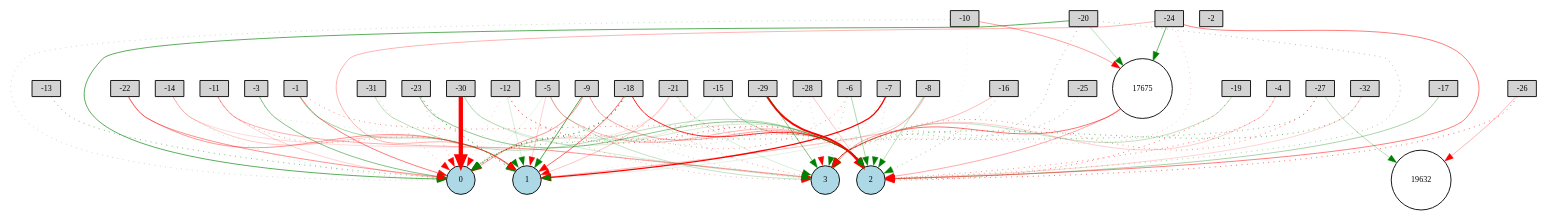
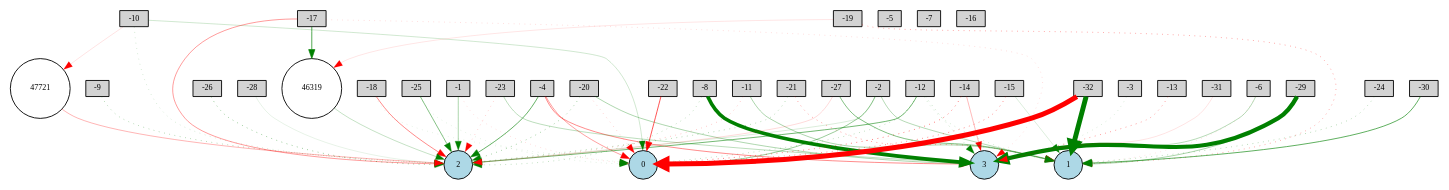
Before and after one commit to Ja-Gk-00/NEAT_GAMING: the diagram in Notebooks/Digraph.gv, drawn with Graphviz. The commit also changed 167 other files, not shown here.

```diff
--- a/Notebooks/Digraph.gv
+++ b/Notebooks/Digraph.gv
@@ -1,131 +1,99 @@
 digraph {
 	node [fontsize=9 height=0.2 shape=circle width=0.2]
 	-1 [fillcolor=lightgray shape=box style=filled]
 	-2 [fillcolor=lightgray shape=box style=filled]
 	-3 [fillcolor=lightgray shape=box style=filled]
 	-4 [fillcolor=lightgray shape=box style=filled]
 	-5 [fillcolor=lightgray shape=box style=filled]
 	-6 [fillcolor=lightgray shape=box style=filled]
 	-7 [fillcolor=lightgray shape=box style=filled]
 	-8 [fillcolor=lightgray shape=box style=filled]
 	-9 [fillcolor=lightgray shape=box style=filled]
 	-10 [fillcolor=lightgray shape=box style=filled]
 	-11 [fillcolor=lightgray shape=box style=filled]
 	-12 [fillcolor=lightgray shape=box style=filled]
 	-13 [fillcolor=lightgray shape=box style=filled]
 	-14 [fillcolor=lightgray shape=box style=filled]
 	-15 [fillcolor=lightgray shape=box style=filled]
 	-16 [fillcolor=lightgray shape=box style=filled]
 	-17 [fillcolor=lightgray shape=box style=filled]
 	-18 [fillcolor=lightgray shape=box style=filled]
 	-19 [fillcolor=lightgray shape=box style=filled]
 	-20 [fillcolor=lightgray shape=box style=filled]
 	-21 [fillcolor=lightgray shape=box style=filled]
 	-22 [fillcolor=lightgray shape=box style=filled]
 	-23 [fillcolor=lightgray shape=box style=filled]
 	-24 [fillcolor=lightgray shape=box style=filled]
 	-25 [fillcolor=lightgray shape=box style=filled]
 	-26 [fillcolor=lightgray shape=box style=filled]
 	-27 [fillcolor=lightgray shape=box style=filled]
 	-28 [fillcolor=lightgray shape=box style=filled]
 	-29 [fillcolor=lightgray shape=box style=filled]
 	-30 [fillcolor=lightgray shape=box style=filled]
 	-31 [fillcolor=lightgray shape=box style=filled]
 	-32 [fillcolor=lightgray shape=box style=filled]
 	0 [fillcolor=lightblue style=filled]
 	1 [fillcolor=lightblue style=filled]
 	2 [fillcolor=lightblue style=filled]
 	3 [fillcolor=lightblue style=filled]
-	17675 [fillcolor=white style=filled]
-	19632 [fillcolor=white style=filled]
-	-1 -> 1 [color=green penwidth=0.3750619816079851 style=solid]
-	-1 -> 2 [color=red penwidth=0.5791837728542493 style=dotted]
-	-3 -> 0 [color=green penwidth=0.5498700827494134 style=solid]
-	-3 -> 3 [color=green penwidth=0.20259057232094282 style=dotted]
-	-4 -> 2 [color=red penwidth=0.5898164111176584 style=dotted]
-	-4 -> 3 [color=red penwidth=0.2242142790627914 style=solid]
-	-5 -> 1 [color=red penwidth=0.20753868857901409 style=solid]
-	-5 -> 3 [color=green penwidth=0.26185129422273123 style=solid]
-	-6 -> 0 [color=red penwidth=0.5200421382728531 style=dotted]
-	-6 -> 2 [color=green penwidth=0.35719937704132 style=solid]
-	-6 -> 3 [color=green penwidth=0.35431373708569447 style=dotted]
-	-7 -> 2 [color=green penwidth=0.26272100590515296 style=dotted]
-	-7 -> 3 [color=green penwidth=0.35954130727288036 style=dotted]
-	-8 -> 1 [color=green penwidth=0.11806641339084109 style=solid]
-	-8 -> 2 [color=green penwidth=0.2945763604686388 style=solid]
-	-8 -> 3 [color=red penwidth=0.40032664867692536 style=solid]
-	-9 -> 0 [color=red penwidth=0.4591519155096765 style=solid]
-	-9 -> 1 [color=green penwidth=0.7652778460886729 style=solid]
-	-9 -> 2 [color=red penwidth=0.4003575257905323 style=solid]
-	-9 -> 3 [color=green penwidth=0.3194105011876668 style=dotted]
-	-10 -> 0 [color=green penwidth=0.2820513055405225 style=dotted]
-	-10 -> 3 [color=green penwidth=0.1075518463835823 style=dotted]
-	-11 -> 0 [color=red penwidth=0.20266439150757193 style=solid]
-	-11 -> 1 [color=red penwidth=0.519133456463394 style=dotted]
-	-11 -> 3 [color=red penwidth=0.35189682850279125 style=solid]
-	-12 -> 1 [color=green penwidth=0.1719108124916642 style=solid]
-	-12 -> 2 [color=red penwidth=0.7991133568100617 style=dotted]
-	-12 -> 3 [color=red penwidth=0.40334440503914437 style=dotted]
-	-13 -> 0 [color=green penwidth=0.6226970508856203 style=dotted]
-	-14 -> 0 [color=green penwidth=0.24512774057251646 style=dotted]
-	-14 -> 3 [color=red penwidth=0.17487661141117625 style=solid]
-	-15 -> 2 [color=green penwidth=0.34961172305701804 style=solid]
-	-16 -> 1 [color=red penwidth=0.3089145624341858 style=solid]
-	-16 -> 2 [color=green penwidth=0.4763569648741798 style=dotted]
-	-17 -> 2 [color=green penwidth=0.3750512467433622 style=solid]
-	-18 -> 0 [color=green penwidth=1.174848486499384 style=dotted]
-	-18 -> 1 [color=red penwidth=0.6652337083690111 style=solid]
-	-18 -> 2 [color=red penwidth=0.9546959791623336 style=solid]
-	-18 -> 3 [color=red penwidth=0.4722571402380582 style=dotted]
-	-19 -> 2 [color=red penwidth=0.6121364094449758 style=dotted]
-	-19 -> 3 [color=green penwidth=0.2727094582729117 style=solid]
-	-20 -> 0 [color=green penwidth=0.7246727396061224 style=solid]
-	-20 -> 2 [color=green penwidth=0.4368311877140556 style=dotted]
-	-21 -> 1 [color=red penwidth=0.260668626519171 style=solid]
-	-22 -> 0 [color=red penwidth=0.4898504460313934 style=solid]
-	-22 -> 1 [color=red penwidth=0.4737575607384954 style=solid]
-	-23 -> 0 [color=red penwidth=0.3681218955824481 style=dotted]
-	-23 -> 1 [color=green penwidth=0.983696498104368 style=dotted]
-	-23 -> 2 [color=green penwidth=0.4998047279274975 style=solid]
-	-24 -> 1 [color=red penwidth=0.3378068702869326 style=solid]
-	-25 -> 3 [color=green penwidth=0.48972898901606 style=dotted]
-	-26 -> 2 [color=red penwidth=0.7197009976610363 style=dotted]
-	-27 -> 0 [color=green penwidth=0.5973067695471832 style=dotted]
-	-27 -> 3 [color=red penwidth=0.5519593550993752 style=dotted]
-	-28 -> 2 [color=red penwidth=0.27080931817007714 style=solid]
-	-28 -> 3 [color=red penwidth=0.2530485414159265 style=dotted]
-	-29 -> 0 [color=green penwidth=0.24702752251912224 style=dotted]
-	-29 -> 1 [color=green penwidth=0.18454269807705664 style=dotted]
-	-29 -> 2 [color=red penwidth=2.2666324595923486 style=solid]
-	-29 -> 3 [color=green penwidth=0.545111084084503 style=solid]
-	-30 -> 0 [color=red penwidth=4.824347780630319 style=solid]
-	-30 -> 1 [color=green penwidth=0.1376469601778295 style=dotted]
-	-31 -> 0 [color=red penwidth=0.3258302296850995 style=dotted]
-	-31 -> 2 [color=green penwidth=0.30712685636193093 style=solid]
-	-32 -> 2 [color=red penwidth=0.19770742600968333 style=solid]
-	-7 -> 1 [color=red penwidth=1.5287217760838727 style=solid]
-	-5 -> 2 [color=red penwidth=0.32584206267869775 style=solid]
-	-27 -> 2 [color=red penwidth=0.15036058997381269 style=dotted]
-	-24 -> 2 [color=red penwidth=0.5734785878388807 style=solid]
-	-32 -> 3 [color=green penwidth=0.7123067784662017 style=dotted]
-	-28 -> 0 [color=green penwidth=0.311263389205212 style=dotted]
-	-21 -> 2 [color=red penwidth=0.5402131569467203 style=dotted]
-	-20 -> 3 [color=green penwidth=0.5057583570379721 style=dotted]
-	-14 -> 1 [color=red penwidth=0.23620537445627632 style=solid]
-	-12 -> 0 [color=red penwidth=0.2552528660510939 style=dotted]
-	-15 -> 0 [color=green penwidth=0.14202971781730792 style=solid]
-	-24 -> 3 [color=red penwidth=0.2890592279345038 style=dotted]
-	-20 -> 17675 [color=green penwidth=0.3055126845465342 style=solid]
-	17675 -> 3 [color=red penwidth=0.6256776511432286 style=solid]
-	-21 -> 0 [color=red penwidth=0.13357452978008083 style=solid]
-	-1 -> 0 [color=red penwidth=0.5876192826653518 style=solid]
-	-30 -> 2 [color=green penwidth=0.18192902488505097 style=solid]
-	-10 -> 17675 [color=red penwidth=0.41967687340446824 style=solid]
-	-24 -> 17675 [color=green penwidth=0.6536826304165312 style=solid]
-	-30 -> 3 [color=green penwidth=0.18614488709944157 style=solid]
-	17675 -> 2 [color=red penwidth=0.37557933830822776 style=solid]
-	-27 -> 19632 [color=green penwidth=0.305457309832514 style=solid]
-	-5 -> 0 [color=green penwidth=0.10167561225702786 style=solid]
-	-21 -> 3 [color=green penwidth=0.16421617434345395 style=solid]
-	-26 -> 19632 [color=red penwidth=0.3251862217528305 style=solid]
+	47721 [fillcolor=white style=filled]
+	46319 [fillcolor=white style=filled]
+	-1 -> 0 [color=red penwidth=0.15735930060061915 style=dotted]
+	-2 -> 0 [color=green penwidth=0.4495059286040666 style=solid]
+	-4 -> 3 [color=red penwidth=0.5105745196491589 style=solid]
+	-8 -> 2 [color=green penwidth=0.2863794342303844 style=dotted]
+	-8 -> 3 [color=green penwidth=4.090062641667208 style=solid]
+	-11 -> 1 [color=green penwidth=0.36610764516298666 style=solid]
+	-12 -> 3 [color=green penwidth=0.2949070595150659 style=dotted]
+	-17 -> 2 [color=red penwidth=0.43936889849857674 style=solid]
+	-18 -> 0 [color=green penwidth=0.12779558596671278 style=dotted]
+	-27 -> 2 [color=red penwidth=0.16778372760259597 style=solid]
+	-29 -> 3 [color=green penwidth=4.7025174816335635 style=solid]
+	-32 -> 0 [color=red penwidth=5.683709227809171 style=solid]
+	-32 -> 1 [color=green penwidth=5.529874103130961 style=solid]
+	-4 -> 2 [color=green penwidth=0.6780191401308874 style=solid]
+	-30 -> 1 [color=green penwidth=0.6952162101595577 style=solid]
+	-31 -> 3 [color=red penwidth=0.13238543667093577 style=solid]
+	-10 -> 2 [color=green penwidth=0.20137891096214547 style=dotted]
+	-10 -> 0 [color=green penwidth=0.21132651796507684 style=solid]
+	-24 -> 1 [color=green penwidth=0.3449726422296475 style=dotted]
+	-21 -> 2 [color=green penwidth=0.34971885295943084 style=dotted]
+	-25 -> 0 [color=green penwidth=0.1372654009034138 style=dotted]
+	-26 -> 2 [color=green penwidth=0.4821952535372531 style=dotted]
+	-20 -> 2 [color=green penwidth=0.4281803050757982 style=dotted]
+	-3 -> 3 [color=green penwidth=0.18633010898509267 style=dotted]
+	-17 -> 3 [color=red penwidth=0.16619647477838412 style=dotted]
+	-27 -> 1 [color=green penwidth=0.5462640335263702 style=solid]
+	-2 -> 2 [color=green penwidth=0.1680352201080945 style=solid]
+	-29 -> 1 [color=green penwidth=0.3807439341206842 style=solid]
+	-18 -> 2 [color=red penwidth=0.522947283615496 style=solid]
+	-23 -> 2 [color=red penwidth=0.22205506001557623 style=dotted]
+	-15 -> 1 [color=green penwidth=0.16483177130211304 style=solid]
+	-19 -> 1 [color=red penwidth=0.41060406131314653 style=dotted]
+	-12 -> 0 [color=green penwidth=0.2976643340458939 style=dotted]
+	-20 -> 3 [color=green penwidth=0.3620553589615825 style=solid]
+	-6 -> 1 [color=red penwidth=0.13720010299377972 style=dotted]
+	-11 -> 2 [color=red penwidth=0.262871516074466 style=dotted]
+	-9 -> 2 [color=green penwidth=0.3515363371324408 style=dotted]
+	-15 -> 0 [color=red penwidth=0.526916976416289 style=dotted]
+	-1 -> 2 [color=green penwidth=0.3692388899605674 style=solid]
+	-6 -> 3 [color=green penwidth=0.3158365897956351 style=solid]
+	-21 -> 1 [color=red penwidth=0.4461883129612919 style=dotted]
+	-14 -> 3 [color=red penwidth=0.31088631491316077 style=solid]
+	-28 -> 2 [color=green penwidth=0.10521899253442409 style=solid]
+	-4 -> 0 [color=red penwidth=0.4166416253496219 style=solid]
+	-13 -> 3 [color=red penwidth=0.4555550770040597 style=dotted]
+	-12 -> 1 [color=green penwidth=0.21363290285435255 style=dotted]
+	-20 -> 0 [color=red penwidth=0.2348040204431517 style=dotted]
+	-12 -> 2 [color=green penwidth=0.6160706601871527 style=solid]
+	-2 -> 1 [color=green penwidth=0.3269543853283783 style=solid]
+	-14 -> 0 [color=red penwidth=0.6029742871684584 style=dotted]
+	-22 -> 0 [color=red penwidth=0.7495221590795934 style=solid]
+	-25 -> 2 [color=green penwidth=0.5435409972470554 style=solid]
+	46319 -> 2 [color=green penwidth=0.2648716214906224 style=solid]
+	-17 -> 46319 [color=green penwidth=0.7617267416796389 style=solid]
+	-23 -> 3 [color=green penwidth=0.303612732506636 style=solid]
+	-19 -> 46319 [color=red penwidth=0.12091662577414786 style=solid]
+	-10 -> 47721 [color=red penwidth=0.12538472936020686 style=solid]
+	47721 -> 2 [color=red penwidth=0.33056469317663784 style=solid]
 }
```
